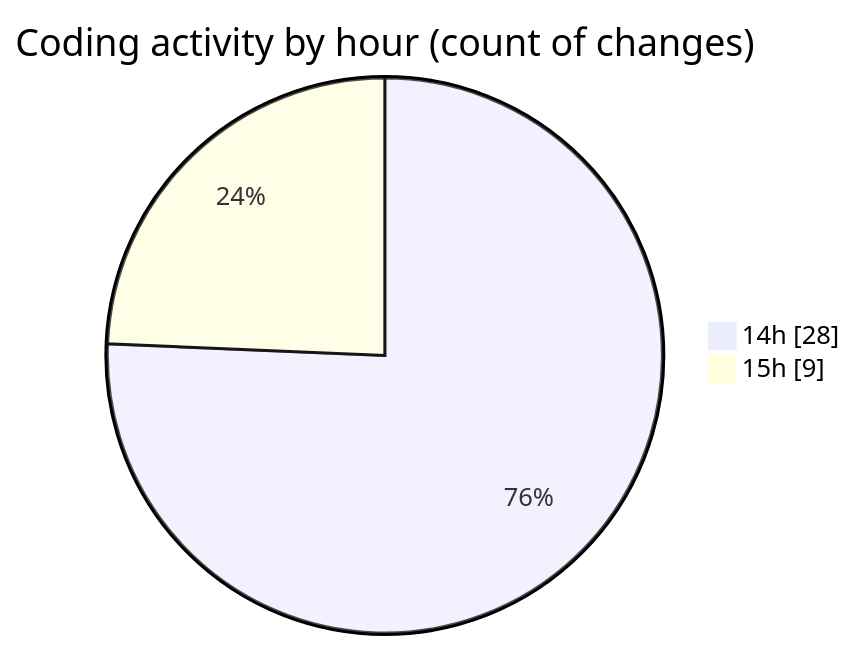
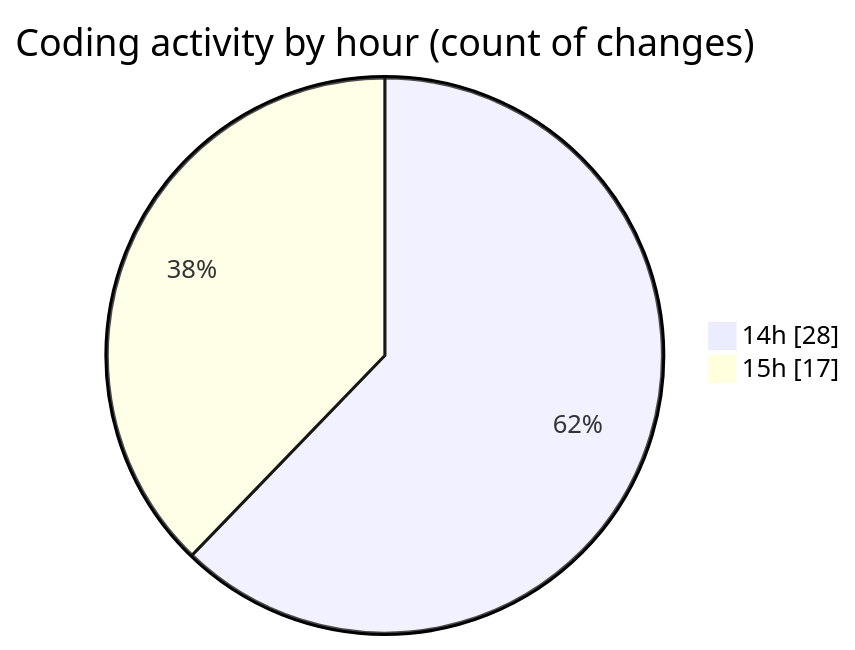
The second of 2 diagrams in 2025-11-08/futsal/README.md (idhammustaqopulfikri/code-tracking), drawn with Mermaid before and after one commit. The commit also changed other lines of this file and 1 other file, not shown here.

````diff
--- a/2025-11-08/futsal/README.md
+++ b/2025-11-08/futsal/README.md
@@ -41,6 +41,6 @@
 ```mermaid
 pie showData
 title Coding activity by hour (count of changes)
 "14h" : 28
-"15h" : 9
+"15h" : 17
 ```
````
